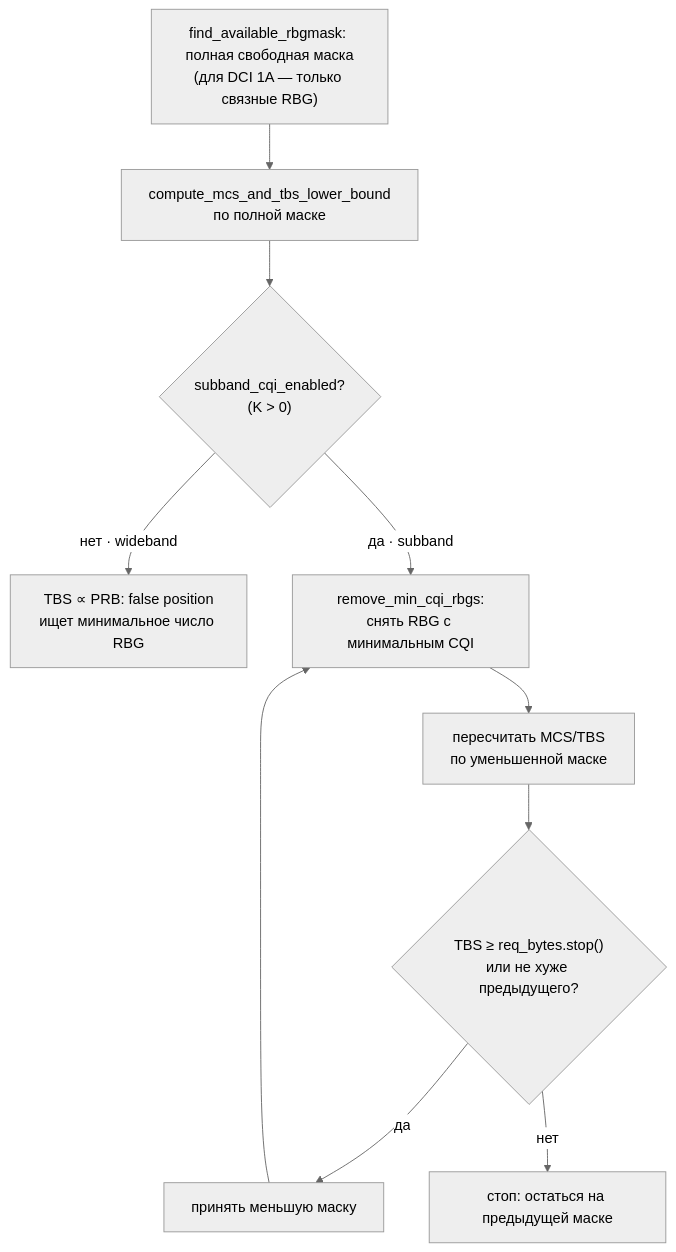
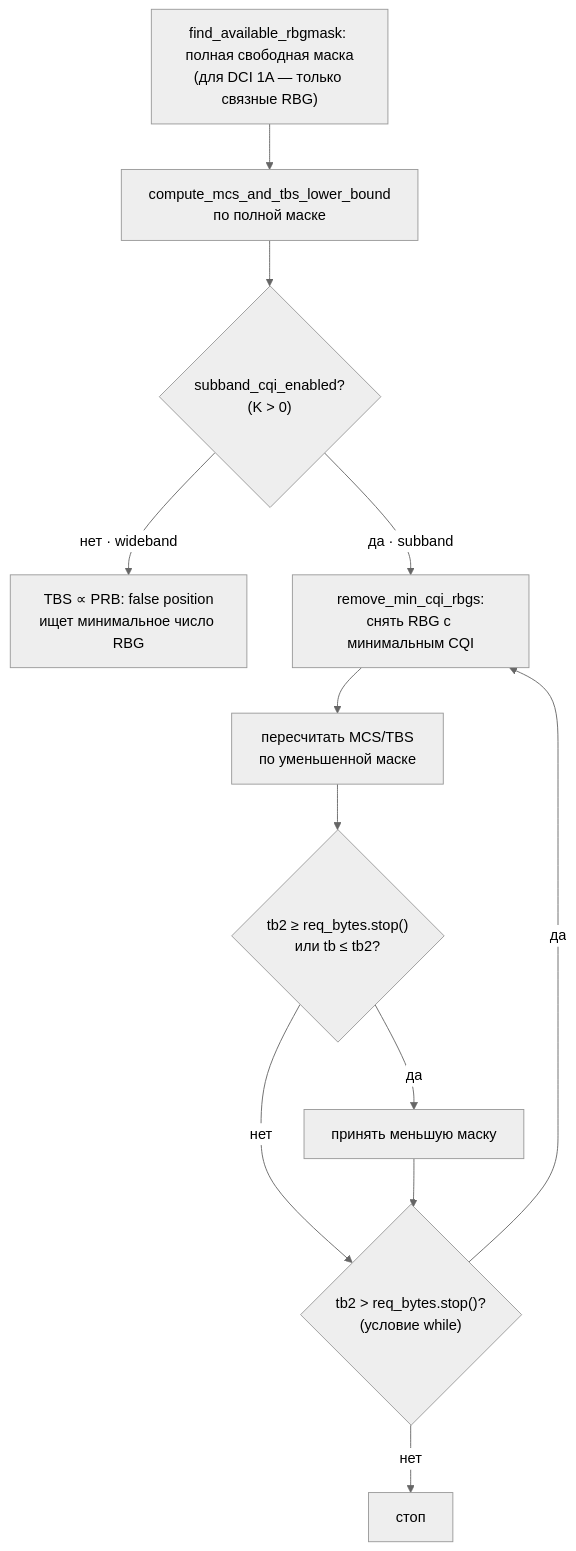
One commit to dokbrawn/REC-S5 changed the fourth of 5 diagrams in weeks/docs/week_03_report.md. Above: the diagram before and after it, drawn with Mermaid (neutral theme). The commit also changed other lines of this file and 5 other files, not shown here.

````diff
--- a/weeks/docs/week_03_report.md
+++ b/weeks/docs/week_03_report.md
@@ -457,12 +465,14 @@
 ```mermaid
 flowchart TD
     A["find_available_rbgmask: полная свободная маска<br/>(для DCI 1A — только связные RBG)"] --> B["compute_mcs_and_tbs_lower_bound<br/>по полной маске"]
     B --> C{"subband_cqi_enabled?<br/>(K > 0)"}
     C -->|"нет · wideband"| D["TBS ∝ PRB: false position<br/>ищет минимальное число RBG"]
     C -->|"да · subband"| E["remove_min_cqi_rbgs:<br/>снять RBG с минимальным CQI"]
     E --> F["пересчитать MCS/TBS<br/>по уменьшенной маске"]
-    F --> G{"TBS ≥ req_bytes.stop()<br/>или не хуже предыдущего?"}
+    F --> G{"tb2 ≥ req_bytes.stop()<br/>или tb ≤ tb2?"}
     G -->|"да"| H["принять меньшую маску"]
-    H --> E
-    G -->|"нет"| I["стоп: остаться на предыдущей маске"]
+    G -->|"нет"| J
+    H --> J{"tb2 > req_bytes.stop()?<br/>(условие while)"}
+    J -->|"да"| E
+    J -->|"нет"| I["стоп"]
 ```
````
